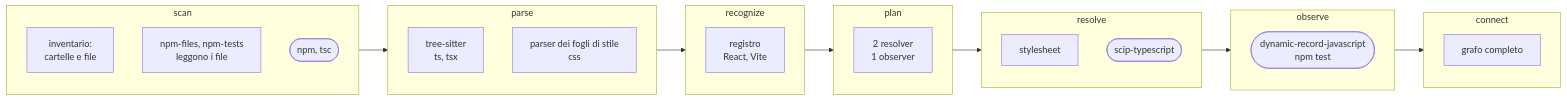
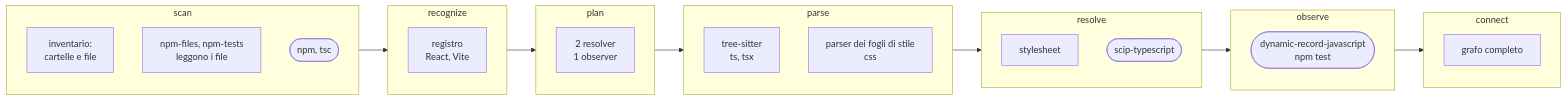
The second of 4 diagrams in docs/plugins/codebase-map.md (acaprino/daodan), drawn with Mermaid before and after one commit. The commit also changed other lines of this file and 2 other files, not shown here.

````diff
--- a/docs/plugins/codebase-map.md
+++ b/docs/plugins/codebase-map.md
@@ -124,29 +125,29 @@
 ```mermaid
 flowchart LR
   subgraph scan
     b0["inventario:<br>cartelle e file"]
     b1["npm-files, npm-tests<br>leggono i file"]
     b2([npm, tsc])
   end
-  subgraph parse
-    a1[tree-sitter<br>ts, tsx]
-    a2[parser dei fogli di stile<br>css]
-  end
   subgraph recognize
     c1[registro<br>React, Vite]
   end
   subgraph plan
     d1[2 resolver<br>1 observer]
+  end
+  subgraph parse
+    a1[tree-sitter<br>ts, tsx]
+    a2[parser dei fogli di stile<br>css]
   end
   subgraph resolve
     e1[stylesheet]
     e2([scip-typescript])
   end
   subgraph observe
     f1([dynamic-record-javascript<br>npm test])
   end
   subgraph connect
     g1[grafo completo]
   end
-  scan --> parse --> recognize --> plan --> resolve --> observe --> connect
+  scan --> recognize --> plan --> parse --> resolve --> observe --> connect
 ```
````
